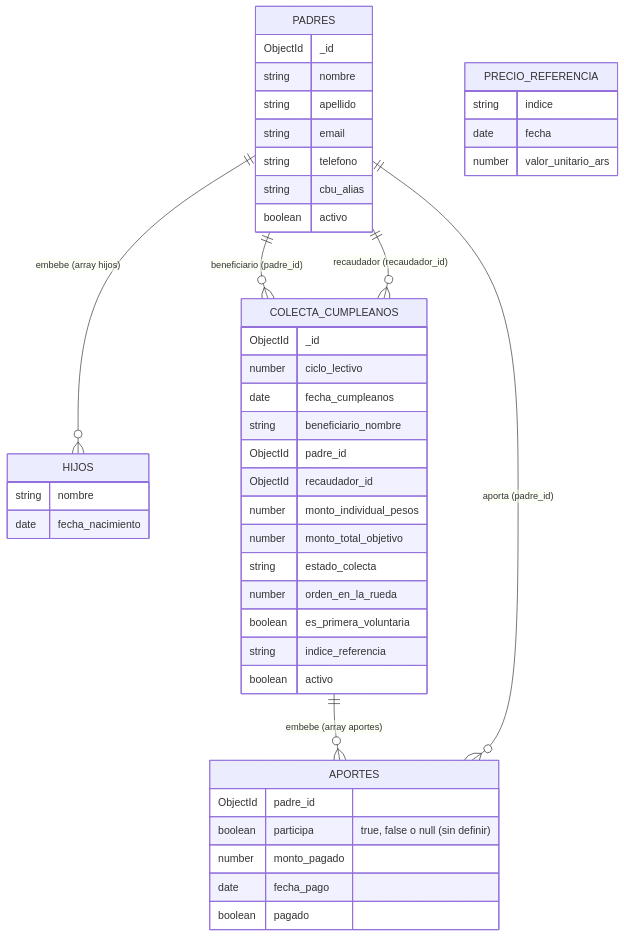
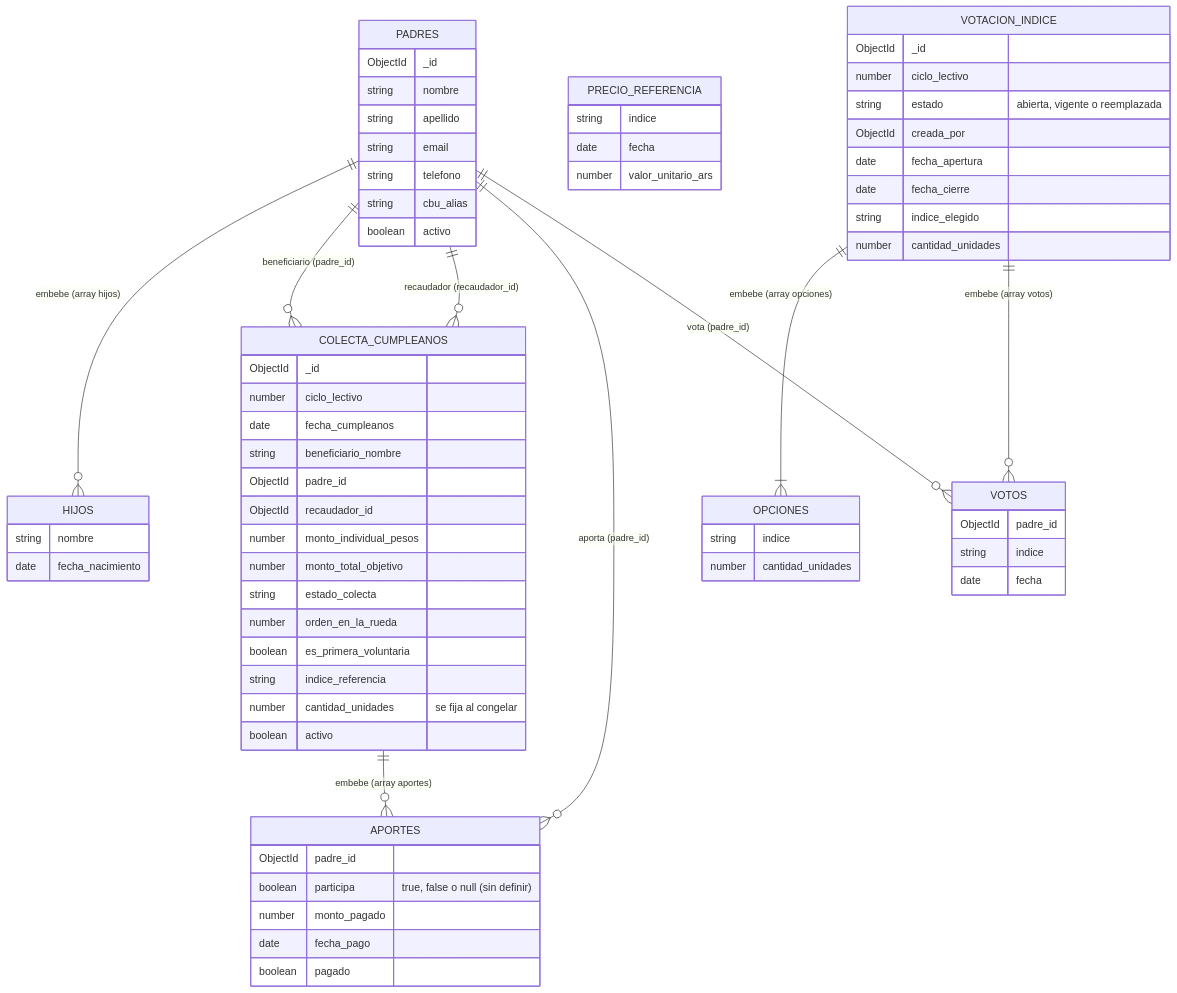
One commit to Cigarcia1307/TrabajoFinalIntegrador changed the diagram in README.md. Above: the diagram before and after it, drawn with Mermaid. The commit also changed other lines of this file and 15 other files, not shown here.

First line of the commit message:
Índices de Referencia: votación de índice y cantidad de unidades (Issue #5) (#22)

````diff
--- a/README.md
+++ b/README.md
@@ -71,49 +71,72 @@
 ```mermaid
 erDiagram
     PADRES {
         ObjectId _id
         string nombre
         string apellido
         string email
         string telefono
         string cbu_alias
         boolean activo
     }
     HIJOS {
         string nombre
         date fecha_nacimiento
     }
     COLECTA_CUMPLEANOS {
         ObjectId _id
         number ciclo_lectivo
         date fecha_cumpleanos
         string beneficiario_nombre
         ObjectId padre_id
         ObjectId recaudador_id
         number monto_individual_pesos
         number monto_total_objetivo
         string estado_colecta
         number orden_en_la_rueda
         boolean es_primera_voluntaria
         string indice_referencia
+        number cantidad_unidades "se fija al congelar"
         boolean activo
     }
     APORTES {
         ObjectId padre_id
         boolean participa "true, false o null (sin definir)"
         number monto_pagado
         date fecha_pago
         boolean pagado
     }
     PRECIO_REFERENCIA {
         string indice
         date fecha
         number valor_unitario_ars
     }
+    VOTACION_INDICE {
+        ObjectId _id
+        number ciclo_lectivo
+        string estado "abierta, vigente o reemplazada"
+        ObjectId creada_por
+        date fecha_apertura
+        date fecha_cierre
+        string indice_elegido
+        number cantidad_unidades
+    }
+    OPCIONES {
+        string indice
+        number cantidad_unidades
+    }
+    VOTOS {
+        ObjectId padre_id
+        string indice
+        date fecha
+    }
 
     PADRES ||--o{ HIJOS : "embebe (array hijos)"
     PADRES ||--o{ COLECTA_CUMPLEANOS : "beneficiario (padre_id)"
     PADRES ||--o{ COLECTA_CUMPLEANOS : "recaudador (recaudador_id)"
     COLECTA_CUMPLEANOS ||--o{ APORTES : "embebe (array aportes)"
     PADRES ||--o{ APORTES : "aporta (padre_id)"
+    VOTACION_INDICE ||--|{ OPCIONES : "embebe (array opciones)"
+    VOTACION_INDICE ||--o{ VOTOS : "embebe (array votos)"
+    PADRES ||--o{ VOTOS : "vota (padre_id)"
 ```
````
